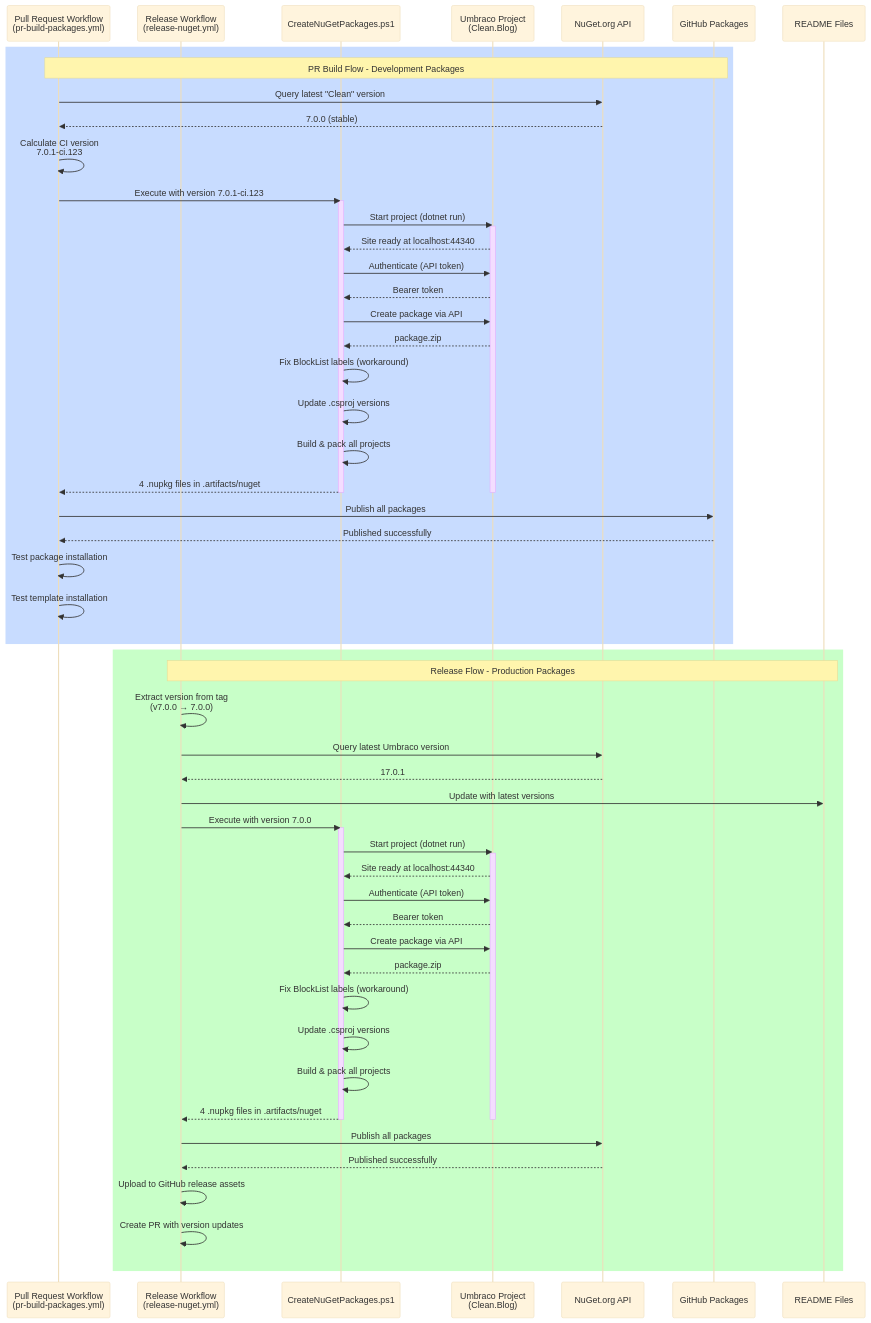
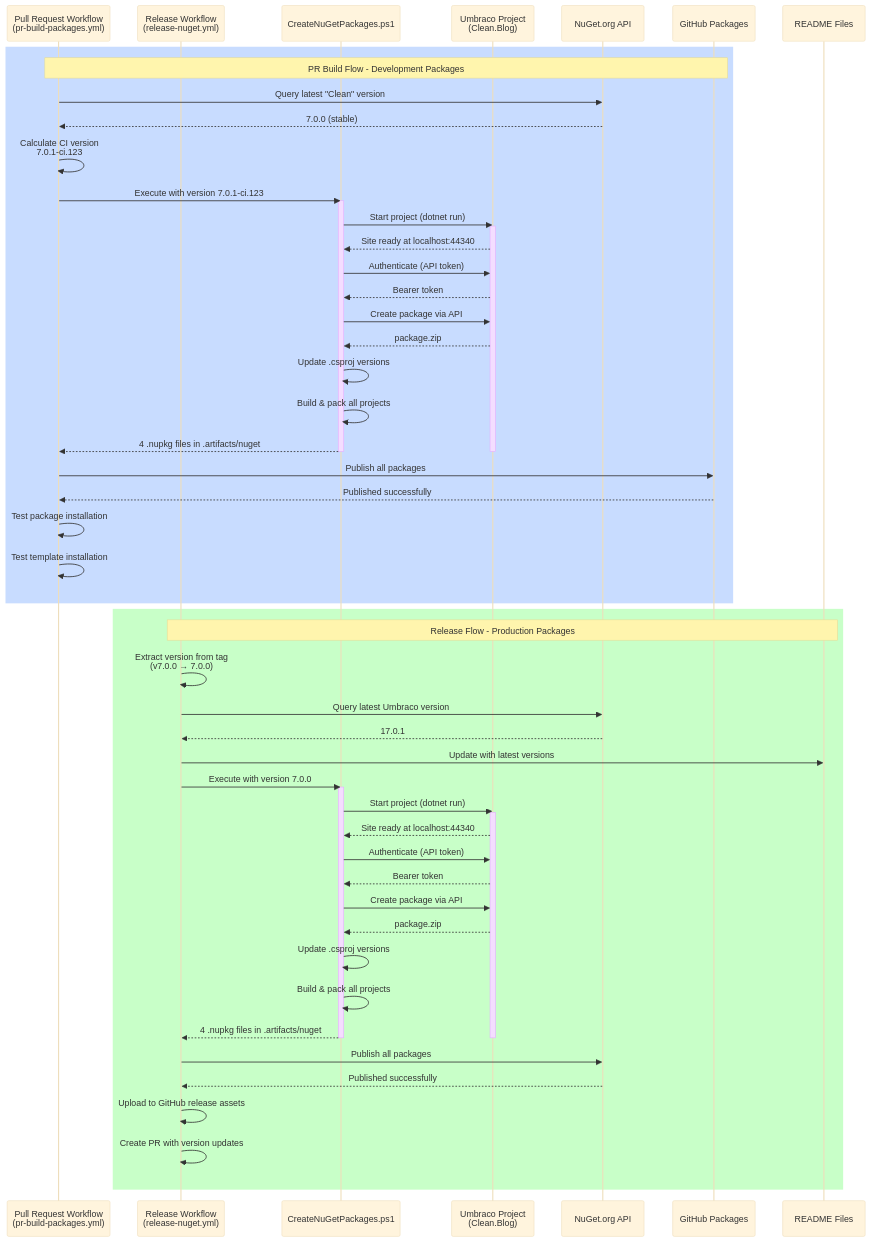
One commit to prjseal/Clean changed the diagram in .github/script-create-packages.md. Above: the diagram before and after it, drawn with Mermaid (base theme). The commit also changed other lines of this file and 664 other files, not shown here.

````diff
--- a/.github/script-create-packages.md
+++ b/.github/script-create-packages.md
@@ -103,63 +103,61 @@
 ```mermaid
 sequenceDiagram
     participant PR as Pull Request Workflow<br/>(pr-build-packages.yml)
     participant Release as Release Workflow<br/>(release-nuget.yml)
     participant Script as CreateNuGetPackages.ps1
     participant Umbraco as Umbraco Project<br/>(Clean.Blog)
     participant NuGetOrg as NuGet.org API
     participant GitHubPkg as GitHub Packages
     participant ReadmeFiles as README Files
 
     rect rgb(200, 220, 255)
         Note over PR,GitHubPkg: PR Build Flow - Development Packages
         PR->>NuGetOrg: Query latest "Clean" version
         NuGetOrg-->>PR: 7.0.0 (stable)
         PR->>PR: Calculate CI version<br/>7.0.1-ci.123
         PR->>Script: Execute with version 7.0.1-ci.123
         activate Script
         Script->>Umbraco: Start project (dotnet run)
         activate Umbraco
         Umbraco-->>Script: Site ready at localhost:44340
         Script->>Umbraco: Authenticate (API token)
         Umbraco-->>Script: Bearer token
         Script->>Umbraco: Create package via API
         Umbraco-->>Script: package.zip
-        Script->>Script: Fix BlockList labels (workaround)
         Script->>Script: Update .csproj versions
         Script->>Script: Build & pack all projects
         Script-->>PR: 4 .nupkg files in .artifacts/nuget
         deactivate Script
         deactivate Umbraco
         PR->>GitHubPkg: Publish all packages
         GitHubPkg-->>PR: Published successfully
         PR->>PR: Test package installation
         PR->>PR: Test template installation
     end
 
     rect rgb(200, 255, 200)
         Note over Release,ReadmeFiles: Release Flow - Production Packages
         Release->>Release: Extract version from tag<br/>(v7.0.0 → 7.0.0)
         Release->>NuGetOrg: Query latest Umbraco version
         NuGetOrg-->>Release: 17.0.1
         Release->>ReadmeFiles: Update with latest versions
         Release->>Script: Execute with version 7.0.0
         activate Script
         Script->>Umbraco: Start project (dotnet run)
         activate Umbraco
         Umbraco-->>Script: Site ready at localhost:44340
         Script->>Umbraco: Authenticate (API token)
         Umbraco-->>Script: Bearer token
         Script->>Umbraco: Create package via API
         Umbraco-->>Script: package.zip
-        Script->>Script: Fix BlockList labels (workaround)
         Script->>Script: Update .csproj versions
         Script->>Script: Build & pack all projects
         Script-->>Release: 4 .nupkg files in .artifacts/nuget
         deactivate Script
         deactivate Umbraco
         Release->>NuGetOrg: Publish all packages
         NuGetOrg-->>Release: Published successfully
         Release->>Release: Upload to GitHub release assets
         Release->>Release: Create PR with version updates
     end
 ```
````
